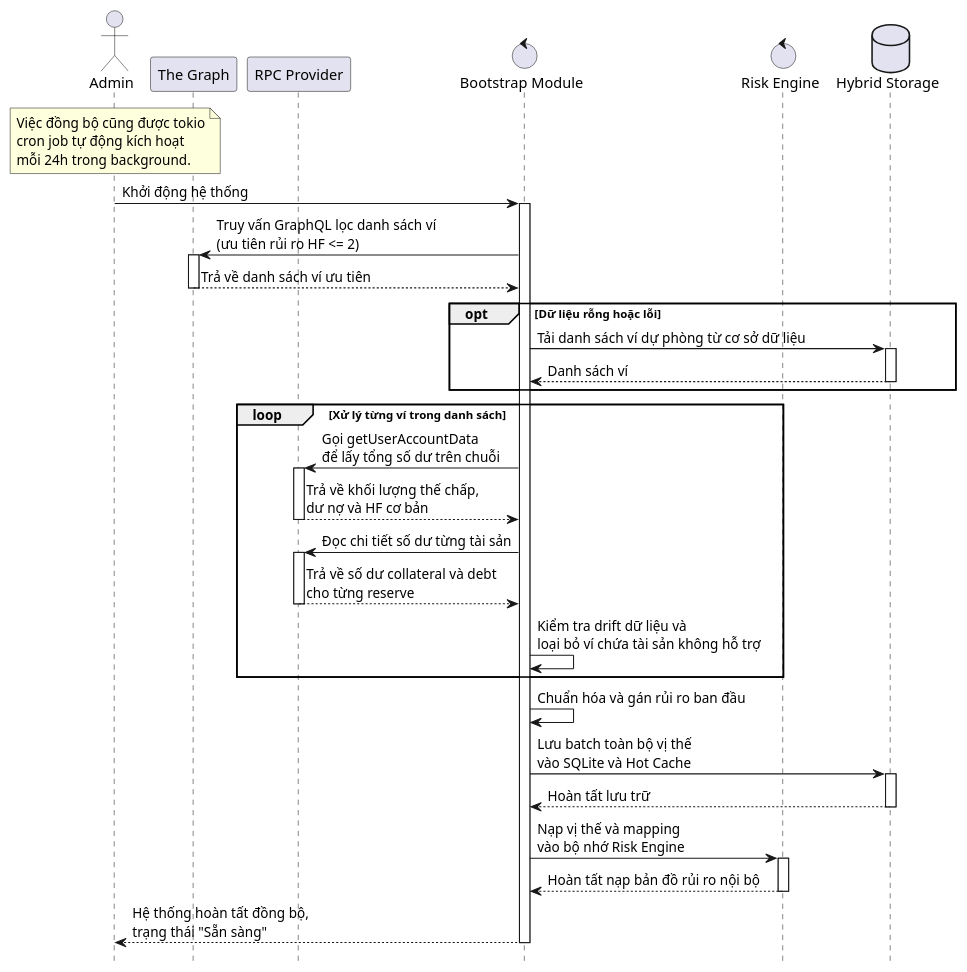
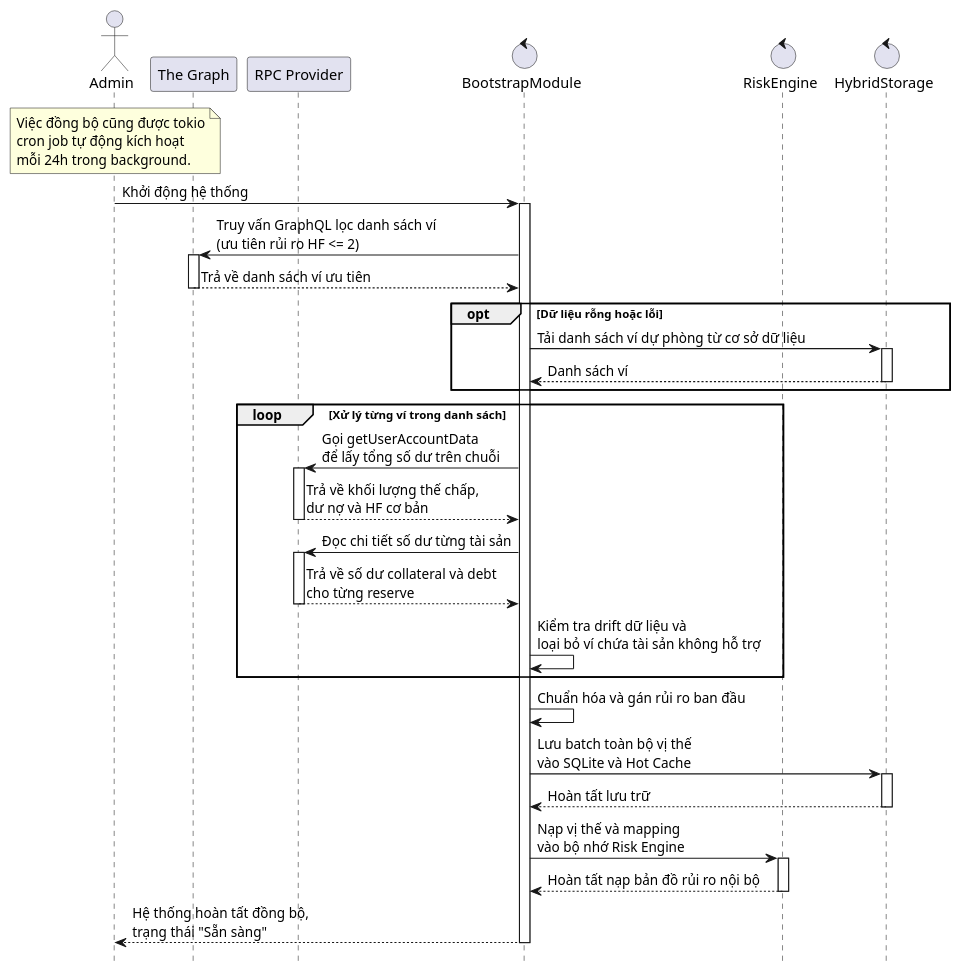
Before and after one commit to dominhquangklhd/liquidator: the diagram in docs/diagrams/seq/e2e_seq_uc01_bootstrap.puml, drawn with PlantUML. The commit also changed 3 other files, not shown here.

```diff
--- a/docs/diagrams/seq/e2e_seq_uc01_bootstrap.puml
+++ b/docs/diagrams/seq/e2e_seq_uc01_bootstrap.puml
@@ -1,60 +1,60 @@
 @startuml
 hide footbox
 actor "Admin" as Admin
 participant "The Graph" as Graph
 participant "RPC Provider" as RPC
-control "Bootstrap Module" as Boot
-control "Risk Engine" as RE
-database "Hybrid Storage" as Storage
+control "BootstrapModule" as Boot
+control "RiskEngine" as RE
+control "HybridStorage" as Storage
 
 note over Admin
   Việc đồng bộ cũng được tokio
   cron job tự động kích hoạt
   mỗi 24h trong background.
 end note
 
 Admin -> Boot: Khởi động hệ thống
 activate Boot
 
 Boot -> Graph: Truy vấn GraphQL lọc danh sách ví\n(ưu tiên rủi ro HF <= 2)
 activate Graph
 Graph --> Boot: Trả về danh sách ví ưu tiên
 deactivate Graph
 
 opt Dữ liệu rỗng hoặc lỗi
     Boot -> Storage: Tải danh sách ví dự phòng từ cơ sở dữ liệu
     activate Storage
     Storage --> Boot: Danh sách ví
     deactivate Storage
 end
 
 loop Xử lý từng ví trong danh sách
     Boot -> RPC: Gọi getUserAccountData\nđể lấy tổng số dư trên chuỗi
     activate RPC
     RPC --> Boot: Trả về khối lượng thế chấp,\ndư nợ và HF cơ bản
     deactivate RPC
 
     Boot -> RPC: Đọc chi tiết số dư từng tài sản
     activate RPC
     RPC --> Boot: Trả về số dư collateral và debt\ncho từng reserve
     deactivate RPC
 
     Boot -> Boot: Kiểm tra drift dữ liệu và\nloại bỏ ví chứa tài sản không hỗ trợ
 end
 
 Boot -> Boot: Chuẩn hóa và gán rủi ro ban đầu
 
 Boot -> Storage: Lưu batch toàn bộ vị thế\nvào SQLite và Hot Cache
 activate Storage
 Storage --> Boot: Hoàn tất lưu trữ
 deactivate Storage
 
 Boot -> RE: Nạp vị thế và mapping\nvào bộ nhớ Risk Engine
 activate RE
 RE --> Boot: Hoàn tất nạp bản đồ rủi ro nội bộ
 deactivate RE
 
 Boot --> Admin: Hệ thống hoàn tất đồng bộ,\ntrạng thái "Sẵn sàng"
 deactivate Boot
 
 @enduml
```
